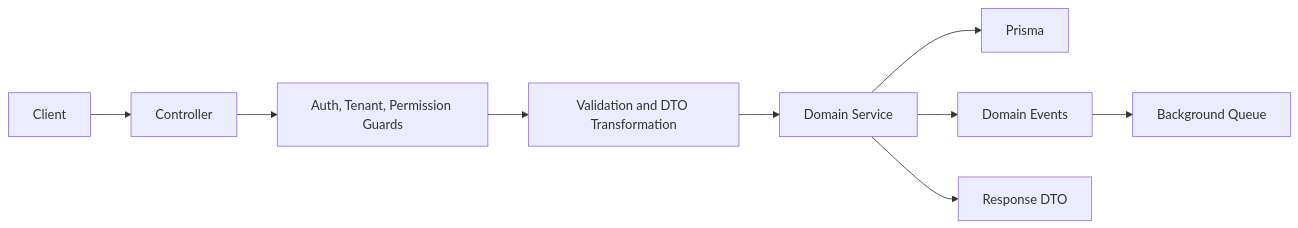
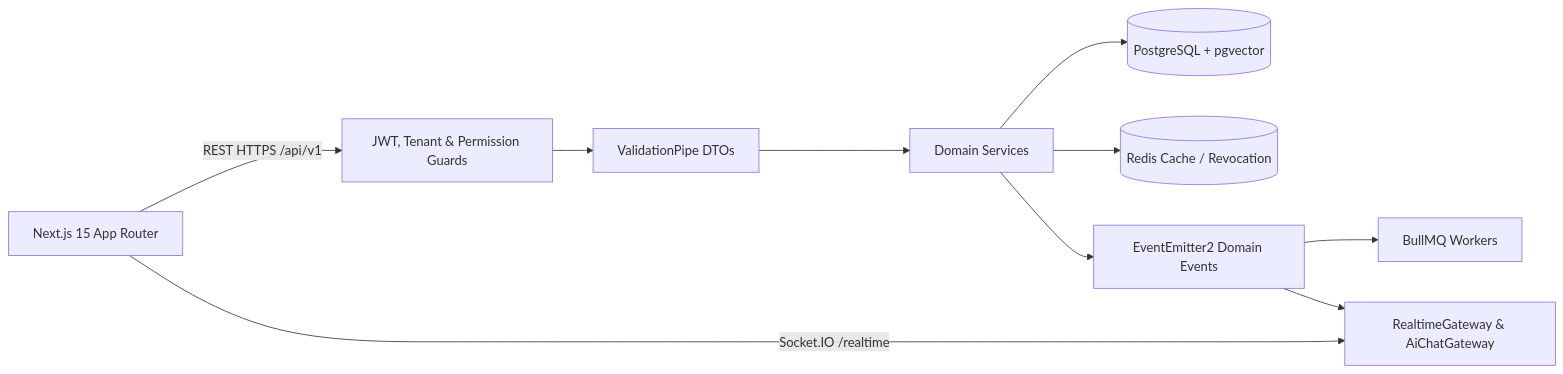
One commit to dpk45deepak/CollegeOS changed the diagram in docs/ARCHITECTURE.md. Above: the diagram before and after it, drawn with Mermaid. The commit also changed other lines of this file and 257 other files, not shown here.

````diff
--- a/docs/ARCHITECTURE.md
+++ b/docs/ARCHITECTURE.md
@@ -13,11 +7,12 @@
 ```mermaid
 flowchart LR
-    Client --> Controller
-    Controller --> Guards[Auth, Tenant, Permission Guards]
-    Guards --> DTO[Validation and DTO Transformation]
-    DTO --> Service[Domain Service]
-    Service --> Prisma[Prisma]
-    Service --> Events[Domain Events]
-    Events --> Queue[Background Queue]
-    Service --> Response[Response DTO]
+    Client[Next.js 15 App Router] -->|REST HTTPS /api/v1| Guards[JWT, Tenant & Permission Guards]
+    Client -->|Socket.IO /realtime| Gateway[RealtimeGateway & AiChatGateway]
+    Guards --> Validation[ValidationPipe DTOs]
+    Validation --> Service[Domain Services]
+    Service --> Prisma[(PostgreSQL + pgvector)]
+    Service --> Redis[(Redis Cache / Revocation)]
+    Service --> Events[EventEmitter2 Domain Events]
+    Events --> Queues[BullMQ Workers]
+    Events --> Gateway
 ```
````
